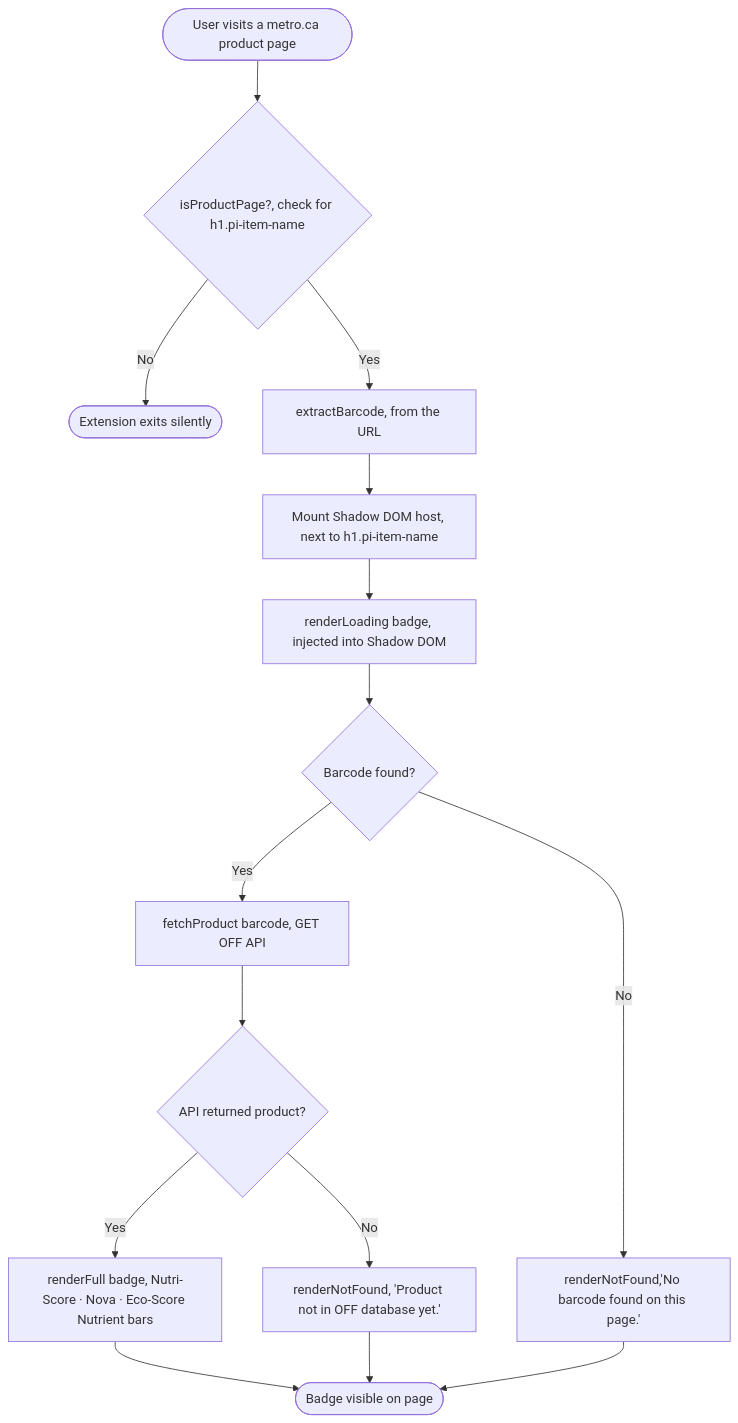
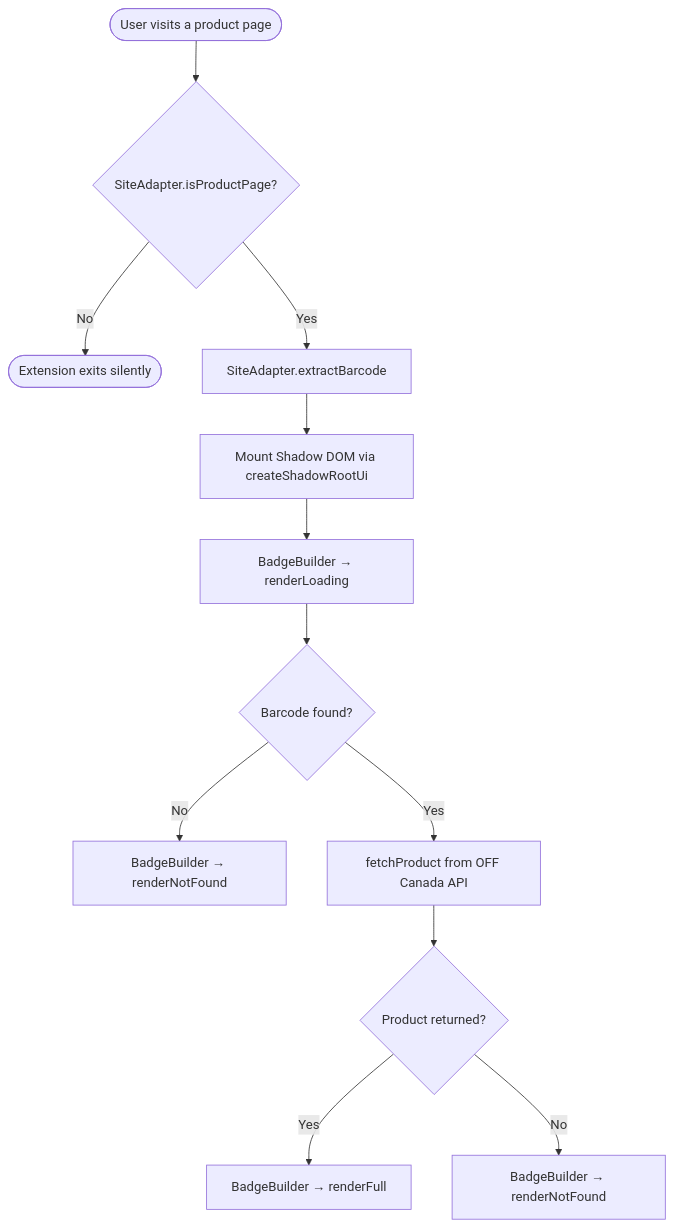
The diagram in README.md (DevDs1989/OFF-EStoreExtension), drawn with Mermaid before and after one commit. The commit also changed other lines of this file, not shown here.

````diff
--- a/README.md
+++ b/README.md
@@ -40,17 +52,14 @@
 ```mermaid
 flowchart TD
-    A([User visits a metro.ca product page]) --> B{isProductPage?, check for h1.pi-item-name}
+    A([User visits a product page]) --> B{SiteAdapter.isProductPage?}
     B -- No --> Z([Extension exits silently])
-    B -- Yes --> C[extractBarcode, from the URL]
-    C --> D[Mount Shadow DOM host, next to h1.pi-item-name]
-    D --> E[renderLoading badge, injected into Shadow DOM]
+    B -- Yes --> C[SiteAdapter.extractBarcode]
+    C --> D[Mount Shadow DOM via createShadowRootUi]
+    D --> E[BadgeBuilder → renderLoading]
     E --> F{Barcode found?}
-    F -- No --> G[renderNotFound,'No barcode found on this page.']
-    F -- Yes --> H[fetchProduct barcode, GET OFF API]
-    H --> I{API returned product?}
-    I -- Yes --> J[renderFull badge, Nutri-Score · Nova · Eco-Score Nutrient bars]
-    I -- No --> K[renderNotFound, 'Product not in OFF database yet.']
-    J --> L([Badge visible on page])
-    K --> L
-    G --> L
+    F -- No --> G[BadgeBuilder → renderNotFound]
+    F -- Yes --> H[fetchProduct from OFF Canada API]
+    H --> I{Product returned?}
+    I -- Yes --> J[BadgeBuilder → renderFull]
+    I -- No --> K[BadgeBuilder → renderNotFound]
 ```
````
